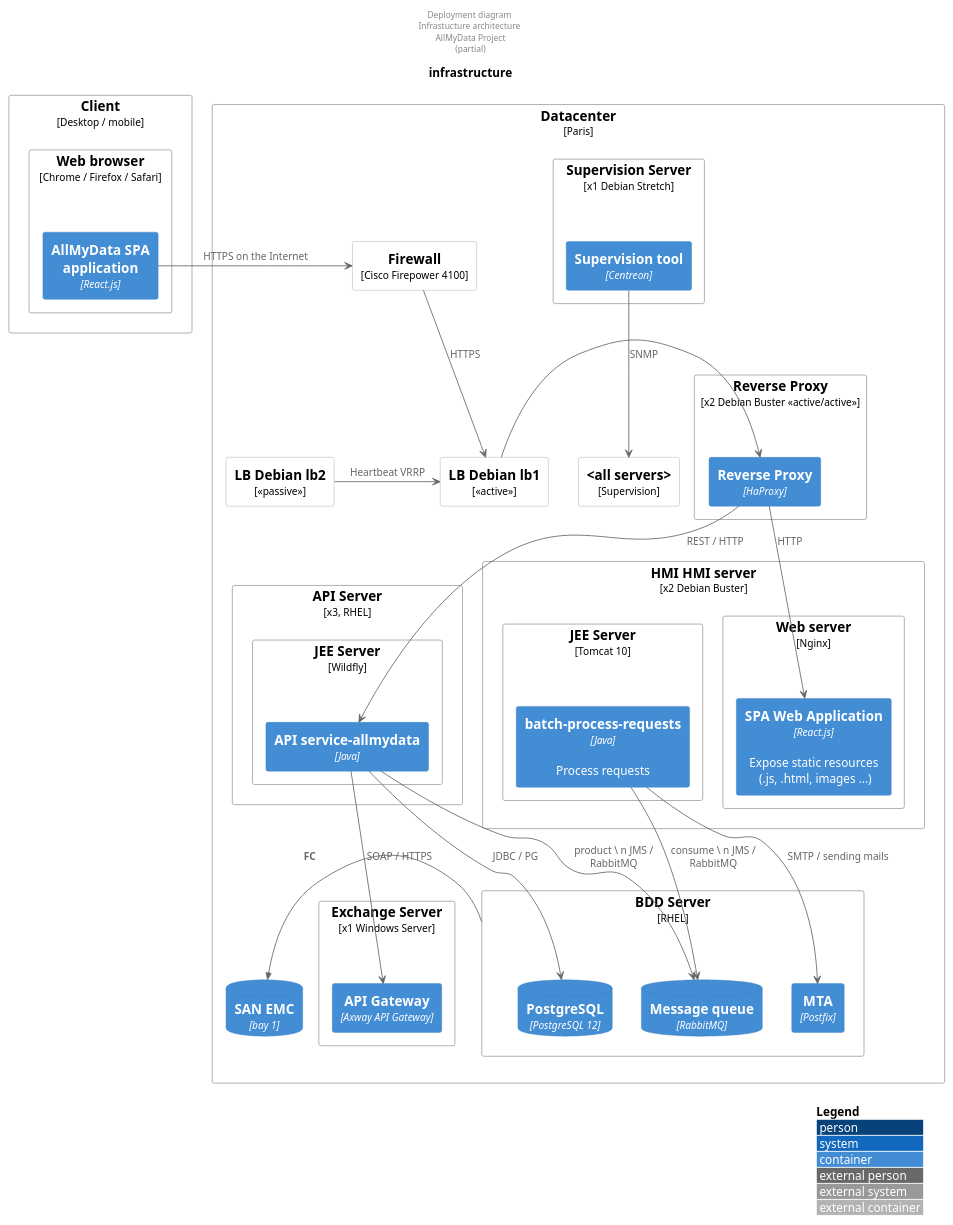
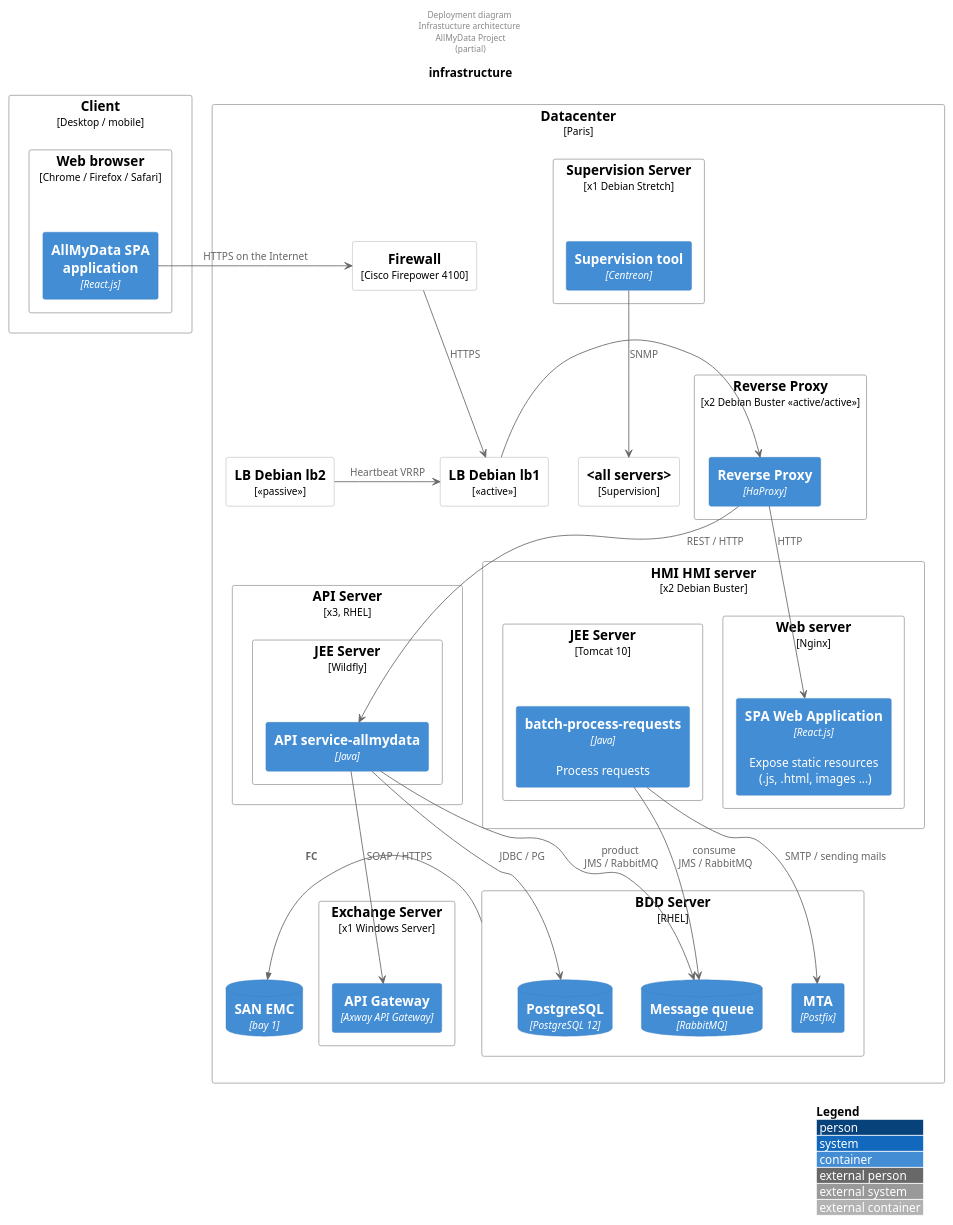
The diagram in diagrams/infra.puml (bflorat/architecture-document-template), drawn with PlantUML before and after one commit. The commit also changed 15 other files, not shown here.

```diff
--- a/diagrams/infra.puml
+++ b/diagrams/infra.puml
@@ -1,71 +1,71 @@
 @startuml
 !include C4/C4_Deployment.puml
 title infrastructure
 header Deployment diagram \nInfrastucture architecture \n AllMyData Project \n(partial)
 LAYOUT_WITH_LEGEND()
 
 
 Node("client", "Client", "Desktop / mobile") {
   Node("nav1", "Web browser", "Chrome / Firefox / Safari") {
     Container("spa", "AllMyData SPA application", "React.js")
   }
 }
 
 Node("dc", "Datacenter", "Paris") {
     Node("r2", "Firewall", "Cisco Firepower 4100")
     Node("lb1", "LB Debian lb1", "<<active>>")
     Node("lb2", "LB Debian lb2", "<<passive>>")
 
     Node("rp1", "Reverse Proxy", "x2 Debian Buster <<active/active>>") {
       Container("ha1", "Reverse Proxy", "HaProxy")
     }
 
     Node("server_gui", "HMI HMI server", "x2 Debian Buster") {
       Node("sw1", "Web server", "Nginx") {
         Container("guis1", "SPA Web Application", "React.js", "Expose static resources \n (.js, .html, images ...)")
       }
       Node("tomcat_batchs1", "JEE Server", "Tomcat 10") {
         Container("batch1", "batch-process-requests", "Java", "Process requests")
       }
     }
 
     Node("API_server", "API Server", "x3, RHEL") {
       Node("wilfly1", "JEE Server", "Wildfly") {
         Container("api1", "API service-allmydata", "Java")
       }
     }
 
     Node("bdd1", "BDD Server", "RHEL") {
       ContainerDb("pg1", "PostgreSQL", "PostgreSQL 12")
       ContainerDb("mq1", "Message queue", "RabbitMQ")
       Container("mail1", "MTA", "Postfix")
     }
 
     Node("sup1_server", "Supervision Server", "x1 Debian Stretch") {
       Container("sup1", "Supervision tool", "Centreon")
     }
 
     Node("ech1", "Exchange Server", "x1 Windows Server") {
       Container("gw1", "API Gateway", "Axway API Gateway")
     }
 
     ContainerDb("bay1", "SAN EMC", "bay 1")
     Node("all_servers", "<all servers>", "Supervision")
 }
 
 spa -> r2 : HTTPS on the Internet
 r2 --> lb1 : HTTPS
 lb2 -> lb1 : Heartbeat VRRP
 lb1 -> ha1
 ha1 --> guis1 : HTTP
-api1 -> mq1 : product \ n JMS / RabbitMQ
-batch1 --> mq1 : consume \ n JMS / RabbitMQ
+api1 -> mq1 : product \n JMS / RabbitMQ
+batch1 --> mq1 : consume \n JMS / RabbitMQ
 api1 --> pg1: JDBC / PG
 batch1 --> mail1 : SMTP / sending mails
 api1 --> gw1 : SOAP / HTTPS
 ha1 --> api1 : REST / HTTP
 sup1 --> all_servers : SNMP
 
 Rel_Left("bdd1", "bay1", "FC")
 
 @enduml
```
